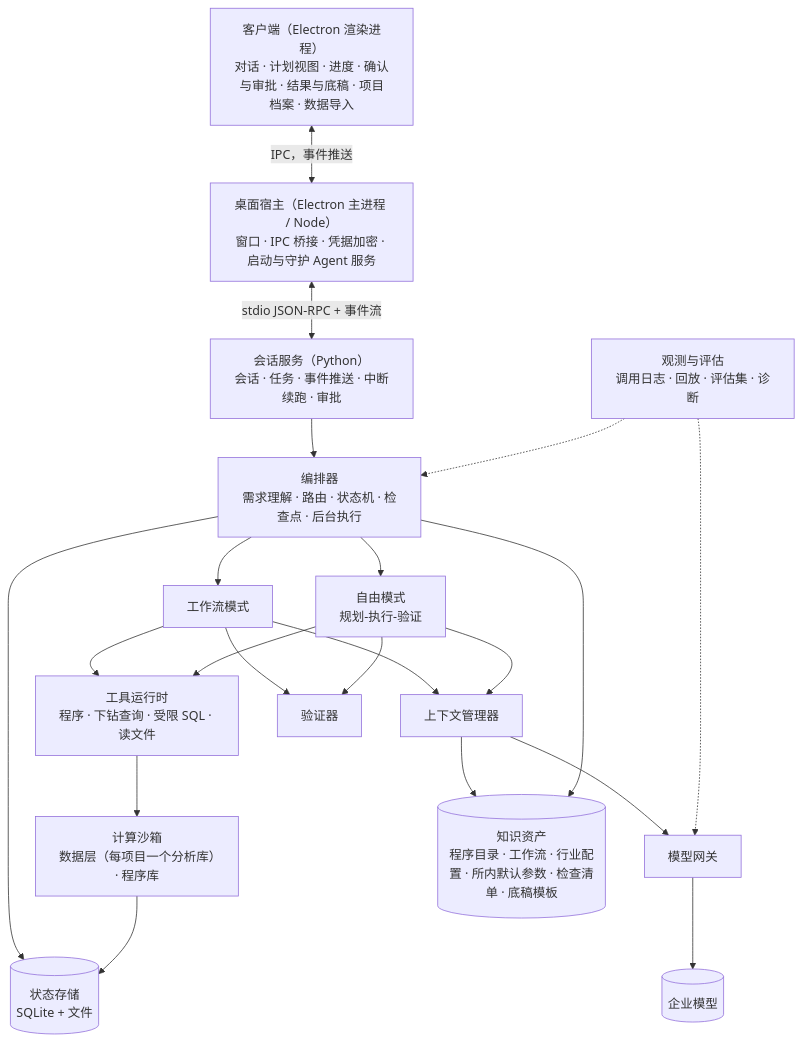
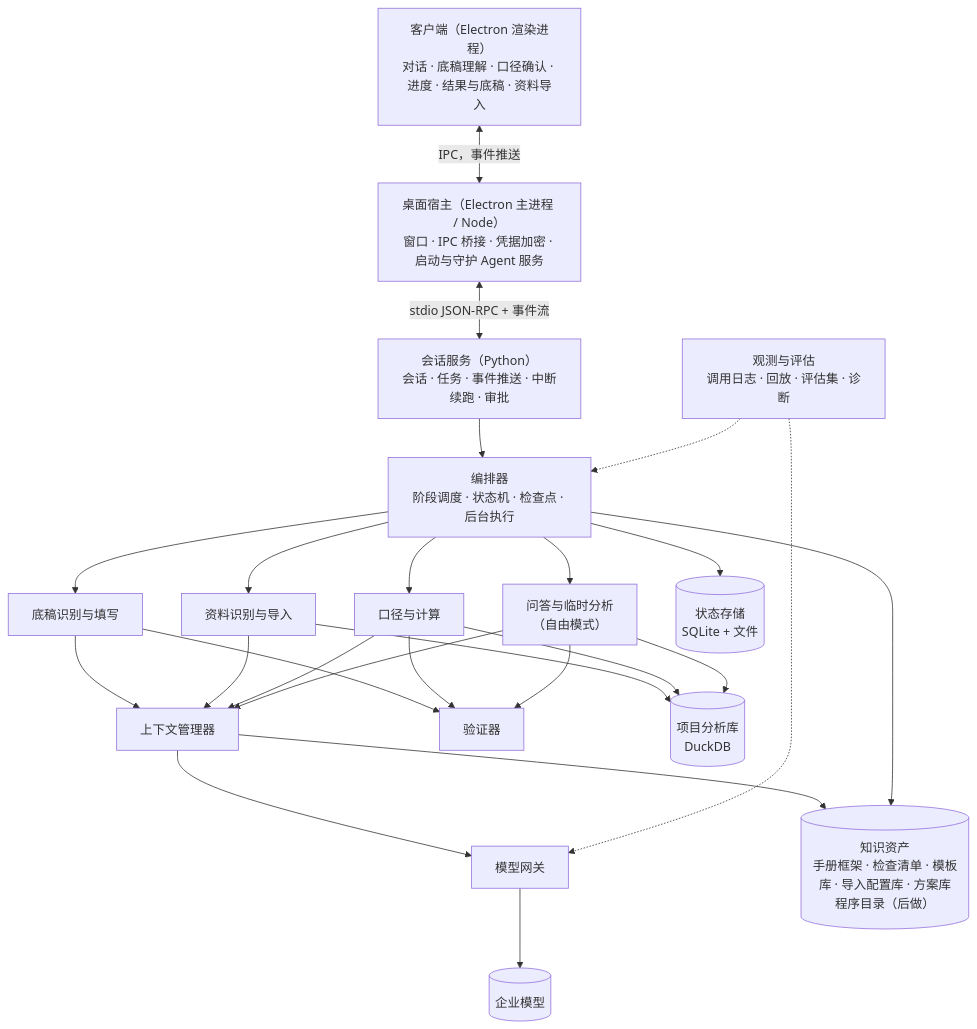
The diagram in docs/实现设计/通用审计Agent实现设计-20261014.md (frozen-s-e-a/agent), drawn with Mermaid before and after one commit. The commit also changed other lines of this file, not shown here.

````diff
--- a/docs/实现设计/通用审计Agent实现设计-20261014.md
+++ b/docs/实现设计/通用审计Agent实现设计-20261014.md
@@ -38,39 +42,44 @@
 ```mermaid
 flowchart TB
-    C["客户端（Electron 渲染进程）<br/>对话 · 计划视图 · 进度 · 确认与审批 · 结果与底稿 · 项目档案 · 数据导入"]
+    C["客户端（Electron 渲染进程）<br/>对话 · 底稿理解 · 口径确认 · 进度 · 结果与底稿 · 资料导入"]
     H["桌面宿主（Electron 主进程 / Node）<br/>窗口 · IPC 桥接 · 凭据加密 · 启动与守护 Agent 服务"]
     API["会话服务（Python）<br/>会话 · 任务 · 事件推送 · 中断续跑 · 审批"]
-    O["编排器<br/>需求理解 · 路由 · 状态机 · 检查点 · 后台执行"]
-    WF["工作流模式"]
-    FREE["自由模式<br/>规划-执行-验证"]
+    O["编排器<br/>阶段调度 · 状态机 · 检查点 · 后台执行"]
+    WP["底稿识别与填写"]
+    DATA["资料识别与导入"]
+    DER["口径与计算"]
+    FREE["问答与临时分析<br/>（自由模式）"]
     CTX["上下文管理器"]
     GW["模型网关"]
     LLM[("企业模型")]
-    TOOL["工具运行时<br/>程序 · 下钻查询 · 受限 SQL · 读文件"]
-    SB["计算沙箱<br/>数据层（每项目一个分析库）· 程序库"]
     VER["验证器"]
+    SB[("项目分析库<br/>DuckDB")]
     ST[("状态存储<br/>SQLite + 文件")]
-    KB[("知识资产<br/>程序目录 · 工作流 · 行业配置 · 所内默认参数 · 检查清单 · 底稿模板")]
+    KB[("知识资产<br/>手册框架 · 检查清单 · 模板库 · 导入配置库 · 方案库<br/>程序目录（后做）")]
     EV["观测与评估<br/>调用日志 · 回放 · 评估集 · 诊断"]
 
     C <-->|"IPC，事件推送"| H
     H <-->|"stdio JSON-RPC + 事件流"| API
     API --> O
-    O --> WF
+    O --> WP
+    O --> DATA
+    O --> DER
     O --> FREE
-    WF --> CTX
+    WP --> CTX
+    DATA --> CTX
+    DER --> CTX
     FREE --> CTX
     CTX --> GW
     GW --> LLM
-    WF --> TOOL
-    FREE --> TOOL
-    TOOL --> SB
-    WF --> VER
+    DATA --> SB
+    DER --> SB
+    FREE --> SB
+    WP --> VER
+    DER --> VER
     FREE --> VER
     O --> ST
-    SB --> ST
     CTX --> KB
     O --> KB
     EV -.-> GW
     EV -.-> O
 ```
````
